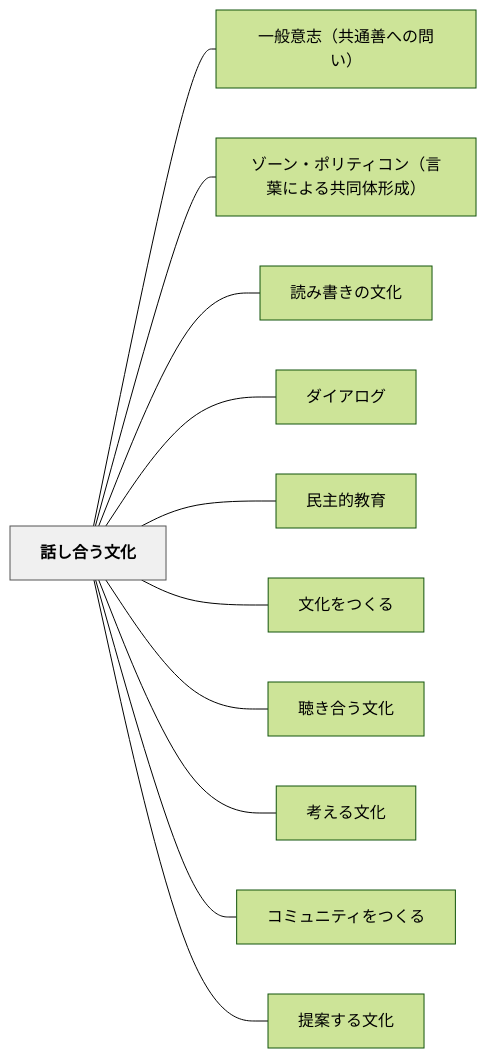
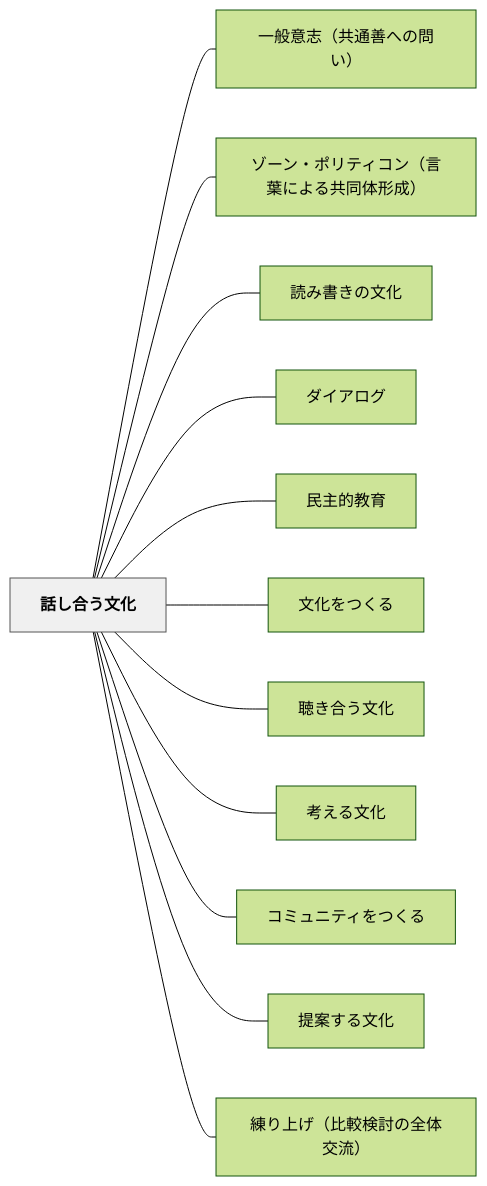
The diagram in content/パタン/話し合う文化.md (unknownthings-ed-patterns/unknownthings-ed-patterns), drawn with Mermaid (forest theme) before and after one commit. The commit also changed other lines of this file and 84 other files, not shown here.

````diff
--- a/content/パタン/話し合う文化.md
+++ b/content/パタン/話し合う文化.md
@@ -117,28 +119,30 @@
 ```mermaid
 flowchart LR
     ne8a9b1e38197e59088e38186e69687e58c96["話し合う文化"]
     ne4b880e888ace6848fe5bf97efbc88e585b1e9809ae59684e381b8e381aee5958fe38184efbc89["一般意志（共通善への問い）"]
     ne382bee383bce383b3e383bbe3839de383aae38386e382a3e382b3e383b3efbc88e8a880e89189e381abe38288e3828be585b1e5908ce4bd93e5bda2e68890efbc89["ゾーン・ポリティコン（言葉による共同体形成）"]
     ne8aaade381bfe69bb8e3818de381aee69687e58c96["読み書きの文化"]
     ne38380e382a4e382a2e383ade382b0["ダイアログ"]
     ne6b091e4b8bbe79a84e69599e882b2["民主的教育"]
     ne69687e58c96e38292e381a4e3818fe3828b["文化をつくる"]
     ne881b4e3818de59088e38186e69687e58c96["聴き合う文化"]
     ne88083e38188e3828be69687e58c96["考える文化"]
     ne382b3e3839fe383a5e3838be38386e382a3e38292e381a4e3818fe3828b["コミュニティをつくる"]
     ne68f90e6a188e38199e3828be69687e58c96["提案する文化"]
+    ne7b7b4e3828ae4b88ae38192efbc88e6af94e8bc83e6a49ce8a88ee381aee585a8e4bd93e4baa4e6b581efbc89["練り上げ（比較検討の全体交流）"]
 
     ne8a9b1e38197e59088e38186e69687e58c96 --- ne4b880e888ace6848fe5bf97efbc88e585b1e9809ae59684e381b8e381aee5958fe38184efbc89
     ne8a9b1e38197e59088e38186e69687e58c96 --- ne382bee383bce383b3e383bbe3839de383aae38386e382a3e382b3e383b3efbc88e8a880e89189e381abe38288e3828be585b1e5908ce4bd93e5bda2e68890efbc89
     ne8a9b1e38197e59088e38186e69687e58c96 --- ne8aaade381bfe69bb8e3818de381aee69687e58c96
     ne8a9b1e38197e59088e38186e69687e58c96 --- ne38380e382a4e382a2e383ade382b0
     ne8a9b1e38197e59088e38186e69687e58c96 --- ne6b091e4b8bbe79a84e69599e882b2
     ne8a9b1e38197e59088e38186e69687e58c96 --- ne69687e58c96e38292e381a4e3818fe3828b
     ne8a9b1e38197e59088e38186e69687e58c96 --- ne881b4e3818de59088e38186e69687e58c96
     ne8a9b1e38197e59088e38186e69687e58c96 --- ne88083e38188e3828be69687e58c96
     ne8a9b1e38197e59088e38186e69687e58c96 --- ne382b3e3839fe383a5e3838be38386e382a3e38292e381a4e3818fe3828b
     ne8a9b1e38197e59088e38186e69687e58c96 --- ne68f90e6a188e38199e3828be69687e58c96
+    ne8a9b1e38197e59088e38186e69687e58c96 --- ne7b7b4e3828ae4b88ae38192efbc88e6af94e8bc83e6a49ce8a88ee381aee585a8e4bd93e4baa4e6b581efbc89
 
     classDef hub fill:#f0f0f0,stroke:#555,color:#000,font-weight:bold
     class ne8a9b1e38197e59088e38186e69687e58c96 hub
 ```
````
